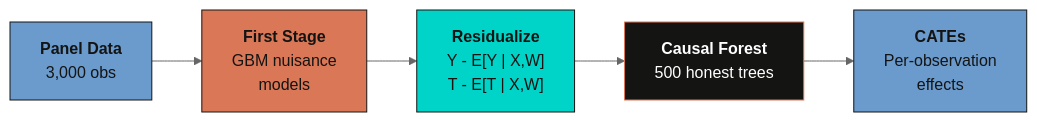
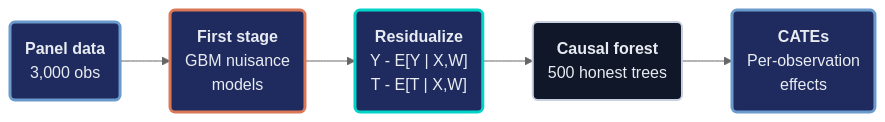
Before and after one commit to cmg777/starter-academic-v501: the diagram in content/post/python_EconML/index.md, drawn with Mermaid (neutral theme). The commit also changed 16 other files, not shown here.

First line of the commit message:
content(mermaid): restyle flowcharts in Python posts, batch 1 of 2

````diff
--- a/content/post/python_EconML/index.md
+++ b/content/post/python_EconML/index.md
@@ -314,16 +314,16 @@
 ```mermaid
 flowchart LR
-    A["<b>Panel Data</b><br/>3,000 obs"]:::data
-    B["<b>First Stage</b><br/>GBM nuisance<br/>models"]:::first
-    C["<b>Residualize</b><br/>Y - E[Y | X,W]<br/>T - E[T | X,W]"]:::resid
-    D["<b>Causal Forest</b><br/>500 honest trees"]:::forest
-    E["<b>CATEs</b><br/>Per-observation<br/>effects"]:::cate
+    A("<b>Panel data</b><br/>3,000 obs"):::data
+    B("<b>First stage</b><br/>GBM nuisance<br/>models"):::first
+    C("<b>Residualize</b><br/>Y - E[Y | X,W]<br/>T - E[T | X,W]"):::resid
+    D("<b>Causal forest</b><br/>500 honest trees"):::forest
+    E("<b>CATEs</b><br/>Per-observation<br/>effects"):::cate
 
     A --> B --> C --> D --> E
 
-    classDef data fill:#6a9bcc,stroke:#141413,color:#141413
-    classDef first fill:#d97757,stroke:#141413,color:#141413
-    classDef resid fill:#00d4c8,stroke:#141413,color:#141413
-    classDef forest fill:#141413,stroke:#d97757,color:#fff
-    classDef cate fill:#6a9bcc,stroke:#141413,color:#141413
+    classDef data fill:#1f2b5e,stroke:#6a9bcc,stroke-width:3px,color:#e8ecf2
+    classDef first fill:#1f2b5e,stroke:#d97757,stroke-width:3px,color:#e8ecf2
+    classDef resid fill:#1f2b5e,stroke:#00d4c8,stroke-width:3px,color:#e8ecf2
+    classDef forest fill:#0f1729,stroke:#c8d0e0,stroke-width:2px,color:#e8ecf2
+    classDef cate fill:#1f2b5e,stroke:#6a9bcc,stroke-width:3px,color:#e8ecf2
 ```
````
